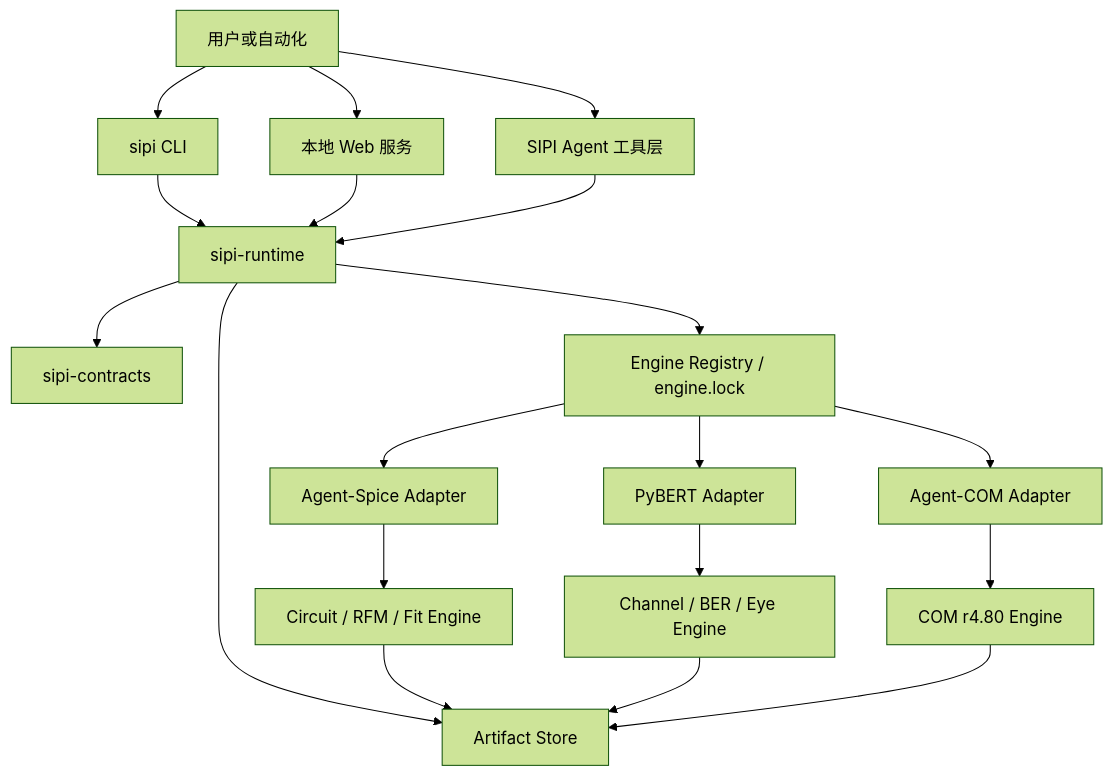
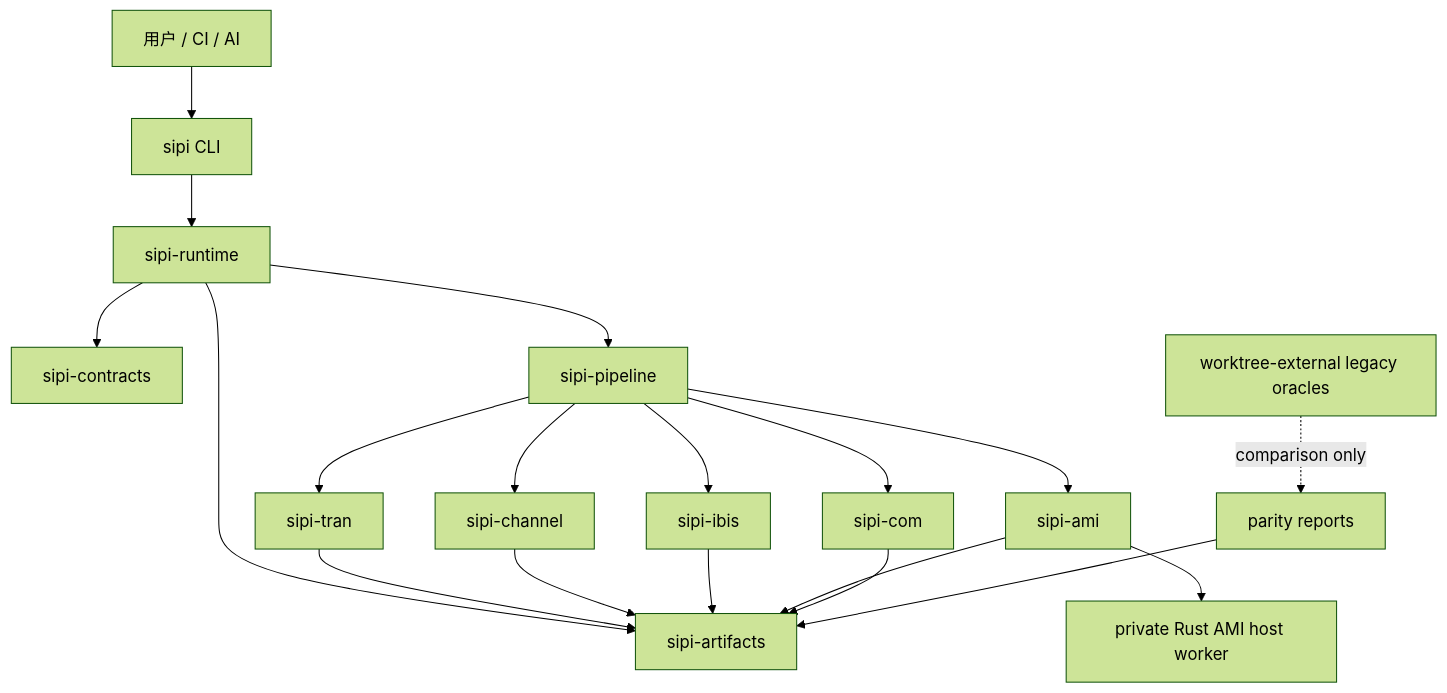
One commit to z331225718/SIPI-sim-agent changed the diagram in SPEC.md. Above: the diagram before and after it, drawn with Mermaid (forest theme). The commit also changed other lines of this file and 3 other files, not shown here.

````diff
--- a/SPEC.md
+++ b/SPEC.md
@@ -118,21 +135,21 @@
 ```mermaid
 flowchart TB
-    U["用户或自动化"] --> CLI["sipi CLI"]
-    U --> WEB["本地 Web 服务"]
-    U --> AGENT["SIPI Agent 工具层"]
-    CLI --> RT["sipi-runtime"]
-    WEB --> RT
-    AGENT --> RT
-    RT --> CT["sipi-contracts"]
-    RT --> STORE["Artifact Store"]
-    RT --> REG["Engine Registry / engine.lock"]
-    REG --> A1["Agent-Spice Adapter"]
-    REG --> A2["PyBERT Adapter"]
-    REG --> A3["Agent-COM Adapter"]
-    A1 --> E1["Circuit / RFM / Fit Engine"]
-    A2 --> E2["Channel / BER / Eye Engine"]
-    A3 --> E3["COM r4.80 Engine"]
-    E1 --> STORE
-    E2 --> STORE
-    E3 --> STORE
+    USER["用户 / CI / AI"] --> CLI["sipi CLI"]
+    CLI --> RUNTIME["sipi-runtime"]
+    RUNTIME --> CONTRACTS["sipi-contracts"]
+    RUNTIME --> ARTIFACTS["sipi-artifacts"]
+    RUNTIME --> PIPELINE["sipi-pipeline"]
+    PIPELINE --> TRAN["sipi-tran"]
+    PIPELINE --> CHANNEL["sipi-channel"]
+    PIPELINE --> IBIS["sipi-ibis"]
+    PIPELINE --> AMI["sipi-ami"]
+    PIPELINE --> COM["sipi-com"]
+    AMI --> HOST["private Rust AMI host worker"]
+    ORACLES["worktree-external legacy oracles"] -. comparison only .-> REPORT["parity reports"]
+    TRAN --> ARTIFACTS
+    CHANNEL --> ARTIFACTS
+    IBIS --> ARTIFACTS
+    AMI --> ARTIFACTS
+    COM --> ARTIFACTS
+    REPORT --> ARTIFACTS
 ```
````
